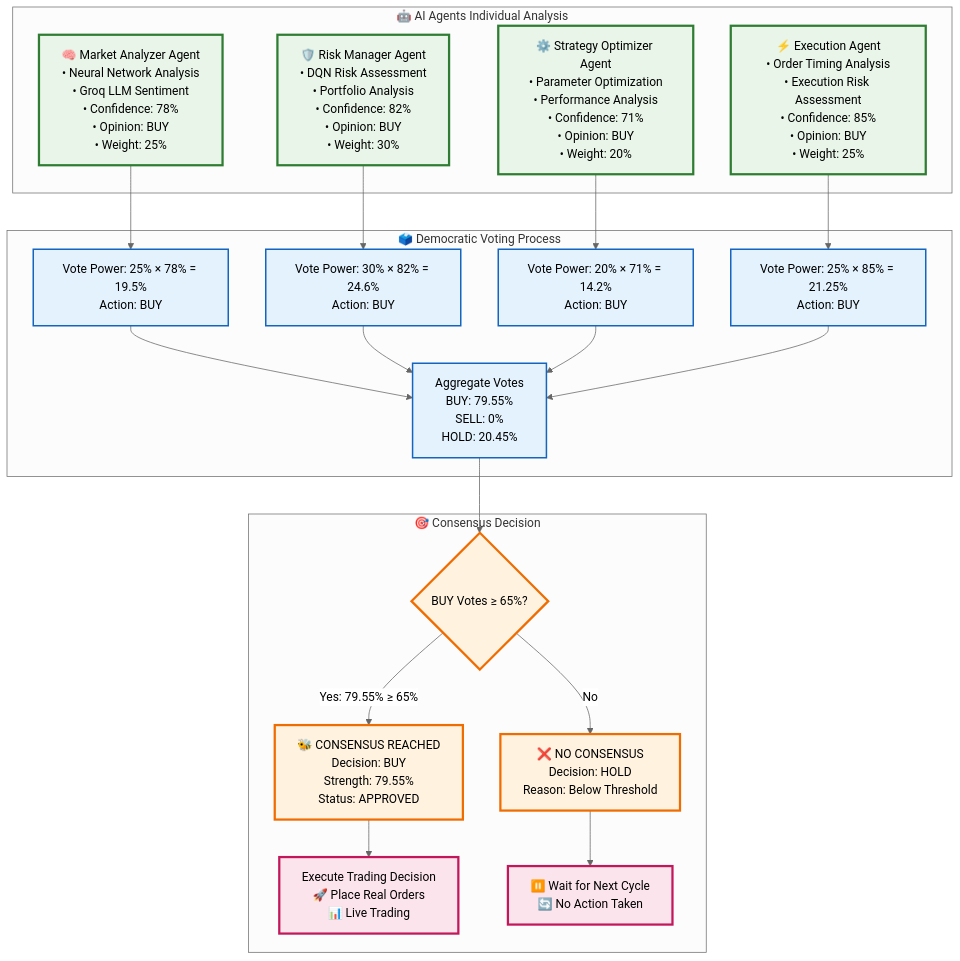
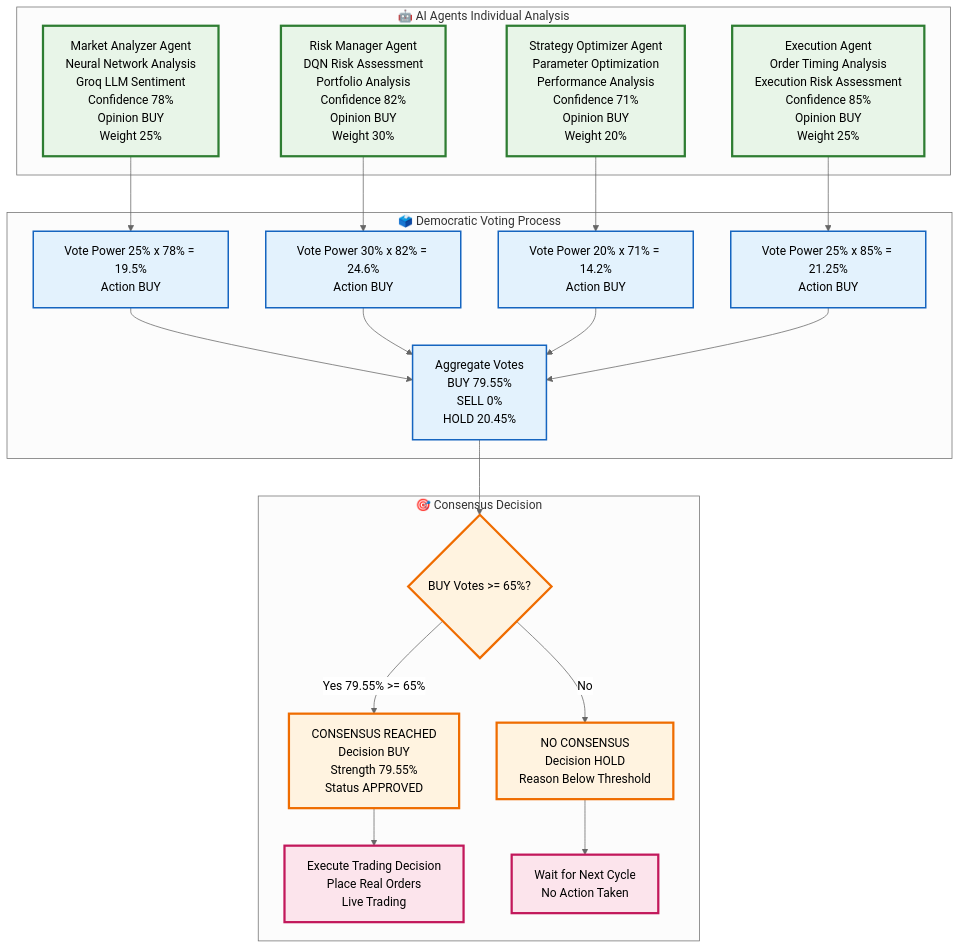
The third of 6 diagrams in AI_SWARM_SYSTEM_FLOW_DIAGRAM.md (Rahul-Prasad-07/Julia-bot), drawn with Mermaid (neutral theme) before and after one commit. The commit also changed other lines of this file, not shown here.

````diff
--- a/AI_SWARM_SYSTEM_FLOW_DIAGRAM.md
+++ b/AI_SWARM_SYSTEM_FLOW_DIAGRAM.md
@@ -126,43 +126,43 @@
 ```mermaid
 graph TD
     subgraph "🤖 AI Agents Individual Analysis"
-        MARKET_AGENT[🧠 Market Analyzer Agent<br/>• Neural Network Analysis<br/>• Groq LLM Sentiment<br/>• Confidence: 78%<br/>• Opinion: BUY<br/>• Weight: 25%]
+        MARKET_AGENT[Market Analyzer Agent<br/>Neural Network Analysis<br/>Groq LLM Sentiment<br/>Confidence 78%<br/>Opinion BUY<br/>Weight 25%]
         
-        RISK_AGENT[🛡️ Risk Manager Agent<br/>• DQN Risk Assessment<br/>• Portfolio Analysis<br/>• Confidence: 82%<br/>• Opinion: BUY<br/>• Weight: 30%]
+        RISK_AGENT[Risk Manager Agent<br/>DQN Risk Assessment<br/>Portfolio Analysis<br/>Confidence 82%<br/>Opinion BUY<br/>Weight 30%]
         
-        STRATEGY_AGENT[⚙️ Strategy Optimizer Agent<br/>• Parameter Optimization<br/>• Performance Analysis<br/>• Confidence: 71%<br/>• Opinion: BUY<br/>• Weight: 20%]
+        STRATEGY_AGENT[Strategy Optimizer Agent<br/>Parameter Optimization<br/>Performance Analysis<br/>Confidence 71%<br/>Opinion BUY<br/>Weight 20%]
         
-        EXECUTION_AGENT[⚡ Execution Agent<br/>• Order Timing Analysis<br/>• Execution Risk Assessment<br/>• Confidence: 85%<br/>• Opinion: BUY<br/>• Weight: 25%]
+        EXECUTION_AGENT[Execution Agent<br/>Order Timing Analysis<br/>Execution Risk Assessment<br/>Confidence 85%<br/>Opinion BUY<br/>Weight 25%]
     end
 
     subgraph "🗳️ Democratic Voting Process"
-        MARKET_AGENT --> VOTE1[Vote Power: 25% × 78% = 19.5%<br/>Action: BUY]
-        RISK_AGENT --> VOTE2[Vote Power: 30% × 82% = 24.6%<br/>Action: BUY]
-        STRATEGY_AGENT --> VOTE3[Vote Power: 20% × 71% = 14.2%<br/>Action: BUY]
-        EXECUTION_AGENT --> VOTE4[Vote Power: 25% × 85% = 21.25%<br/>Action: BUY]
+        MARKET_AGENT --> VOTE1[Vote Power 25% x 78% = 19.5%<br/>Action BUY]
+        RISK_AGENT --> VOTE2[Vote Power 30% x 82% = 24.6%<br/>Action BUY]
+        STRATEGY_AGENT --> VOTE3[Vote Power 20% x 71% = 14.2%<br/>Action BUY]
+        EXECUTION_AGENT --> VOTE4[Vote Power 25% x 85% = 21.25%<br/>Action BUY]
         
-        VOTE1 --> AGGREGATE[Aggregate Votes<br/>BUY: 79.55%<br/>SELL: 0%<br/>HOLD: 20.45%]
+        VOTE1 --> AGGREGATE[Aggregate Votes<br/>BUY 79.55%<br/>SELL 0%<br/>HOLD 20.45%]
         VOTE2 --> AGGREGATE
         VOTE3 --> AGGREGATE
         VOTE4 --> AGGREGATE
     end
 
     subgraph "🎯 Consensus Decision"
-        AGGREGATE --> CONSENSUS_CHECK{BUY Votes ≥ 65%?}
-        CONSENSUS_CHECK -->|Yes: 79.55% ≥ 65%| CONSENSUS_REACHED[🐝 CONSENSUS REACHED<br/>Decision: BUY<br/>Strength: 79.55%<br/>Status: APPROVED]
-        CONSENSUS_CHECK -->|No| NO_CONSENSUS[❌ NO CONSENSUS<br/>Decision: HOLD<br/>Reason: Below Threshold]
+        AGGREGATE --> CONSENSUS_CHECK{BUY Votes >= 65%?}
+        CONSENSUS_CHECK -->|Yes 79.55% >= 65%| CONSENSUS_REACHED[CONSENSUS REACHED<br/>Decision BUY<br/>Strength 79.55%<br/>Status APPROVED]
+        CONSENSUS_CHECK -->|No| NO_CONSENSUS[NO CONSENSUS<br/>Decision HOLD<br/>Reason Below Threshold]
         
-        CONSENSUS_REACHED --> EXECUTE_DECISION[Execute Trading Decision<br/>🚀 Place Real Orders<br/>📊 Live Trading]
-        NO_CONSENSUS --> WAIT_NEXT[⏸️ Wait for Next Cycle<br/>🔄 No Action Taken]
+        CONSENSUS_REACHED --> EXECUTE_DECISION[Execute Trading Decision<br/>Place Real Orders<br/>Live Trading]
+        NO_CONSENSUS --> WAIT_NEXT[Wait for Next Cycle<br/>No Action Taken]
     end
 
     classDef agentNode fill:#e8f5e8,stroke:#2e7d32,stroke-width:3px
     classDef voteNode fill:#e3f2fd,stroke:#1565c0,stroke-width:2px
     classDef decisionNode fill:#fff3e0,stroke:#ef6c00,stroke-width:3px
     classDef executeNode fill:#fce4ec,stroke:#c2185b,stroke-width:3px
 
     class MARKET_AGENT,RISK_AGENT,STRATEGY_AGENT,EXECUTION_AGENT agentNode
     class VOTE1,VOTE2,VOTE3,VOTE4,AGGREGATE voteNode
     class CONSENSUS_CHECK,CONSENSUS_REACHED,NO_CONSENSUS decisionNode
     class EXECUTE_DECISION,WAIT_NEXT executeNode
 ```
````
